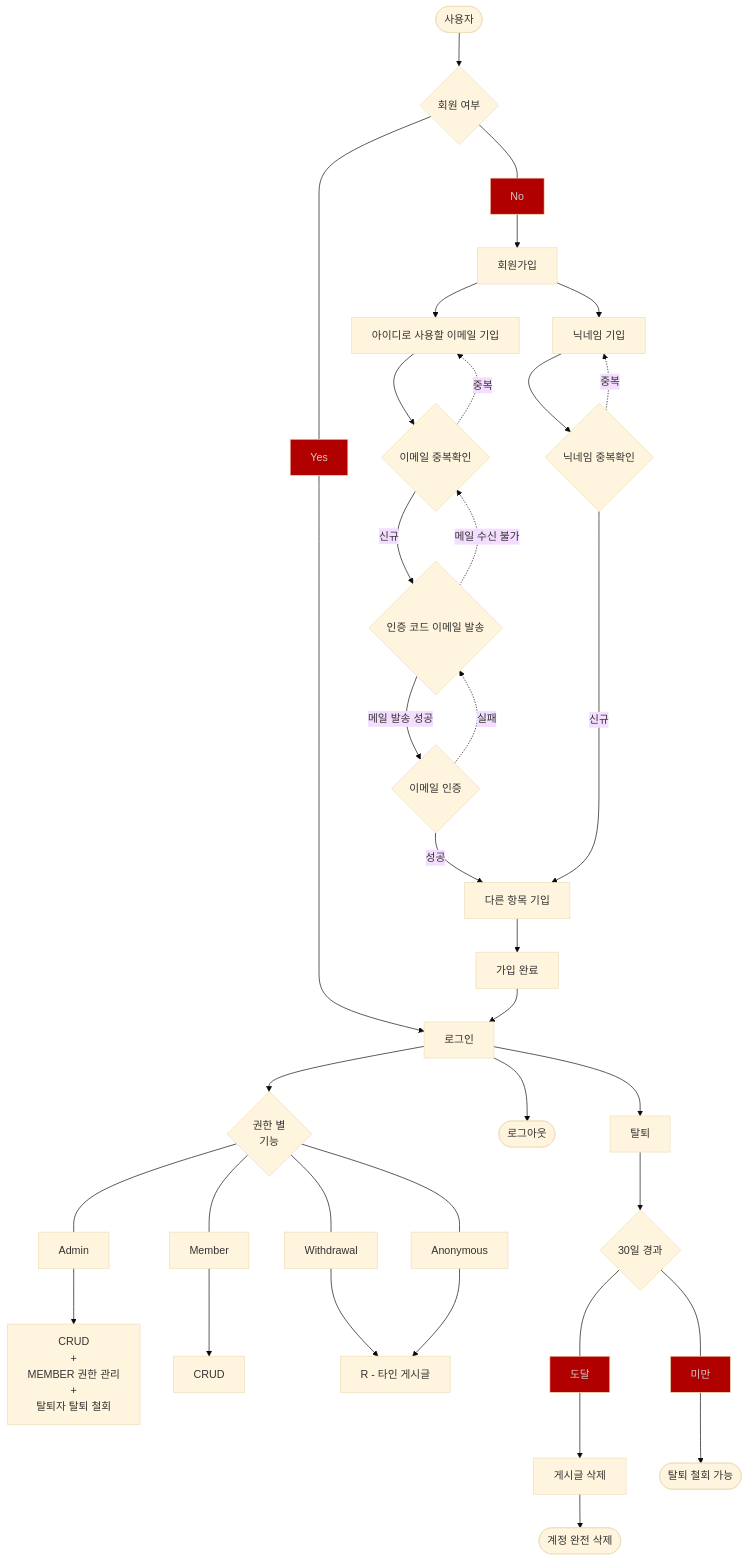
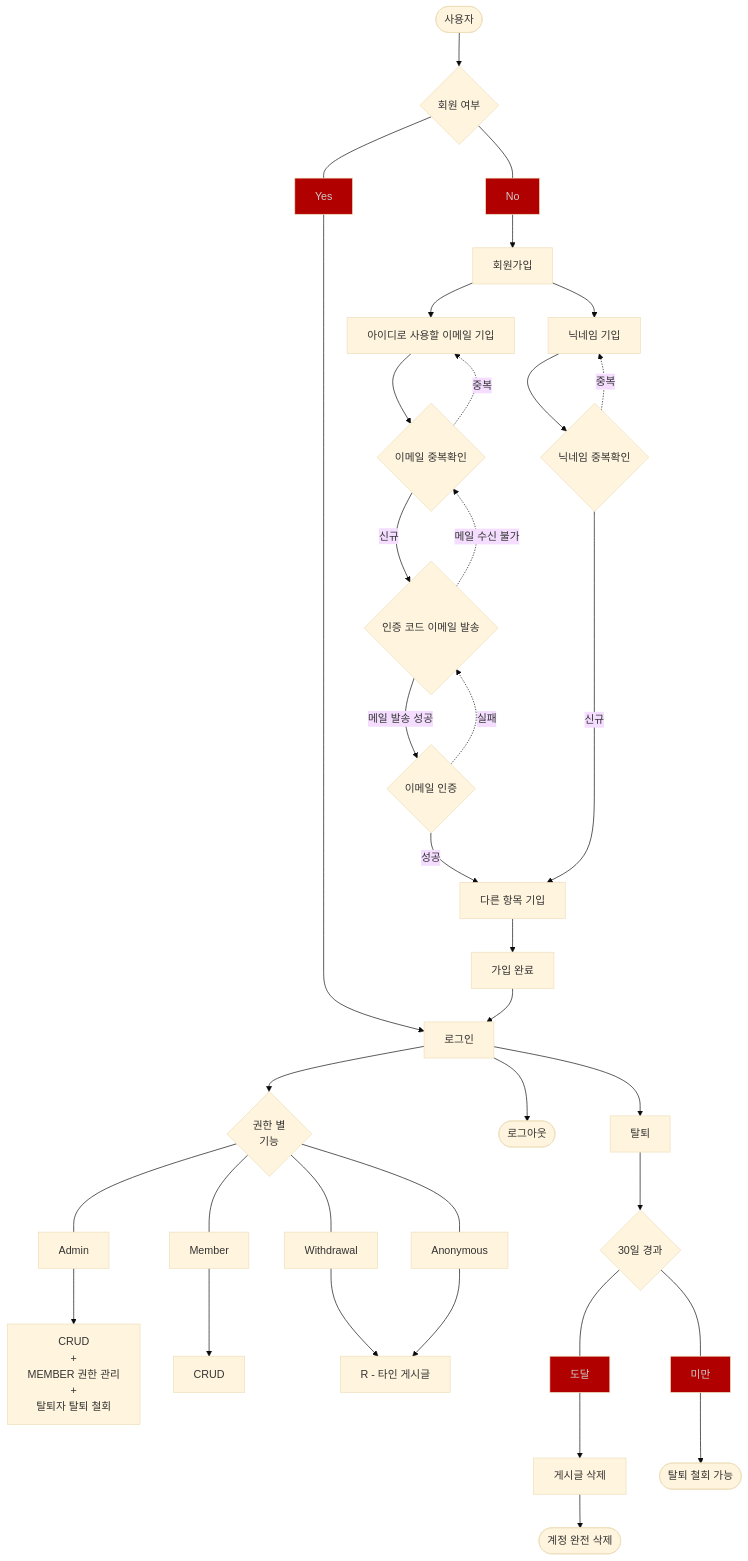
The diagram in docs/Flowchart - 회원.mermaid (zhyun-project/simple-board-02), drawn with Mermaid (base theme) before and after one commit.

Commit message:
docs : 회원 flow char 도형 위치 수정
issue key : SB2-3

```diff
--- a/docs/Flowchart - 회원.mermaid
+++ b/docs/Flowchart - 회원.mermaid
@@ -1,33 +1,33 @@
 flowchart TB
     classDef red color:#cbcdcc,fill:#b10000;
 
     A([사용자]) --> B{회원 여부}
 
-    B ---Yes:::red------> C[로그인]
+    B ---Yes:::red---------> C[로그인]
     C --> G{권한 별<br>기능}
     G ---Admin--> G1[CRUD<br>+<br>MEMBER 권한 관리<br>+<br>탈퇴자 탈퇴 철회]
     G ---Member--> G2[CRUD]
     G ---Withdrawal--> G3[R - 타인 게시글]
     G ---Anonymous--> G3[R - 타인 게시글]
     C --> E([로그아웃])
     C --> F[탈퇴] --> F1{30일 경과} 
     F1 ---도달:::red--> F2[게시글 삭제] --> F3([계정 완전 삭제])
     F1 ---미만:::red--> F4([탈퇴 철회 가능])
 
     B ---No:::red--> D[회원가입] 
     D --> D1[아이디로 사용할 이메일 기입]
     D1 --> D11{이메일 중복확인}
     D11 -.->|중복| D1
     D11 -->|신규| D2{인증 코드 이메일 발송}
     D2 -.->|메일 수신 불가| D11
     D2 -->|메일 발송 성공| D22{이메일 인증}
     D22 -.->|실패| D2
     D22 -->|성공| D4[다른 항목 기입]
 
 
     D --> D3[닉네임 기입]
     D3 --> D33{닉네임 중복확인}
     D33 -.->|중복| D3
     D33 ---->|신규| D4
     D4 --> D5[가입 완료]
     D5 --> C
```
